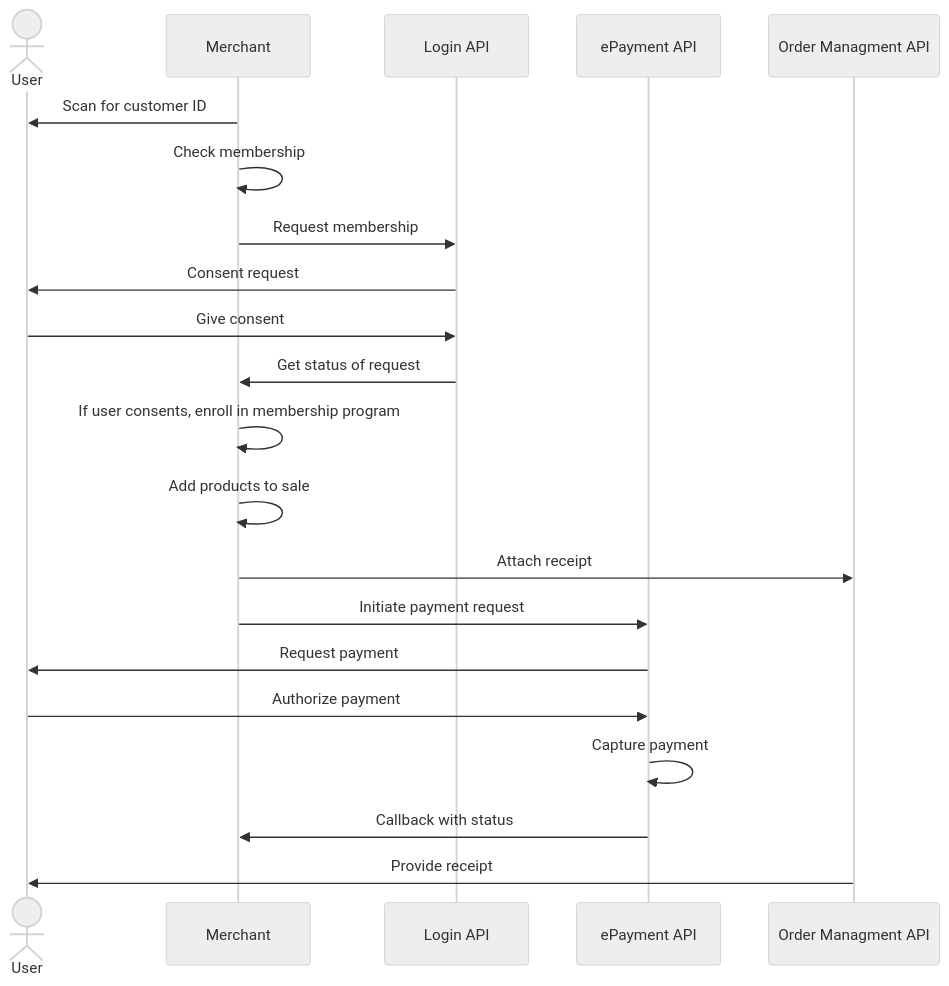
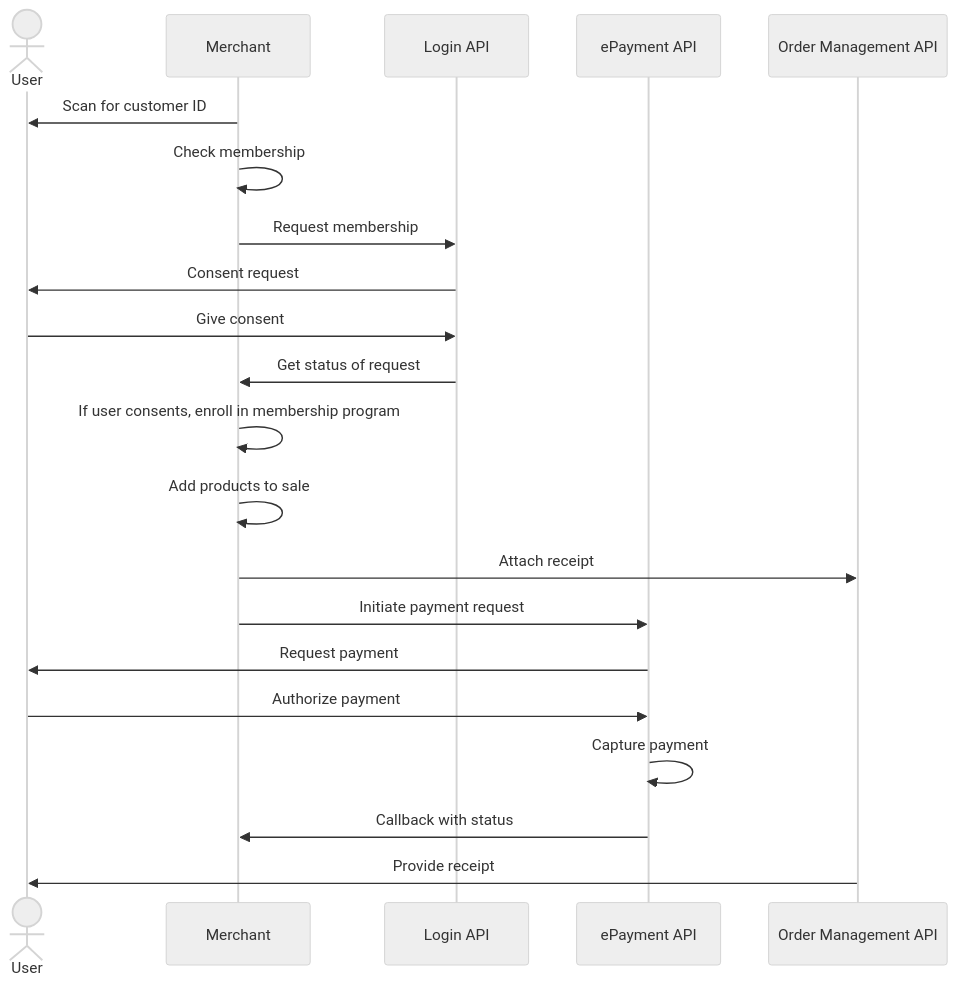
Before and after one commit to vippsas/vipps-solutions: the diagram in loyalty-in-pos/README.md, drawn with Mermaid (neutral theme). The commit also changed 2 other files, not shown here.

````diff
--- a/loyalty-in-pos/README.md
+++ b/loyalty-in-pos/README.md
@@ -156,23 +156,23 @@
 ``` mermaid
 sequenceDiagram
     actor U as User
     participant M as Merchant
     participant login as Login API
     participant ePayment as ePayment API
-    participant ordermanagement as Order Managment API
+    participant ordermanagement as Order Management API
     M->>U: Scan for customer ID
     M->>M: Check membership
     M->>login: Request membership
     login->>U: Consent request
     U->>login: Give consent
     login->>M: Get status of request
     M->>M: If user consents, enroll in membership program
     M->>M: Add products to sale
     M->> ordermanagement: Attach receipt
     M->>ePayment: Initiate payment request
     ePayment->>U: Request payment
     U->>ePayment: Authorize payment
     ePayment->>ePayment: Capture payment
     ePayment->>M: Callback with status
     ordermanagement->>U: Provide receipt
 ```
````
